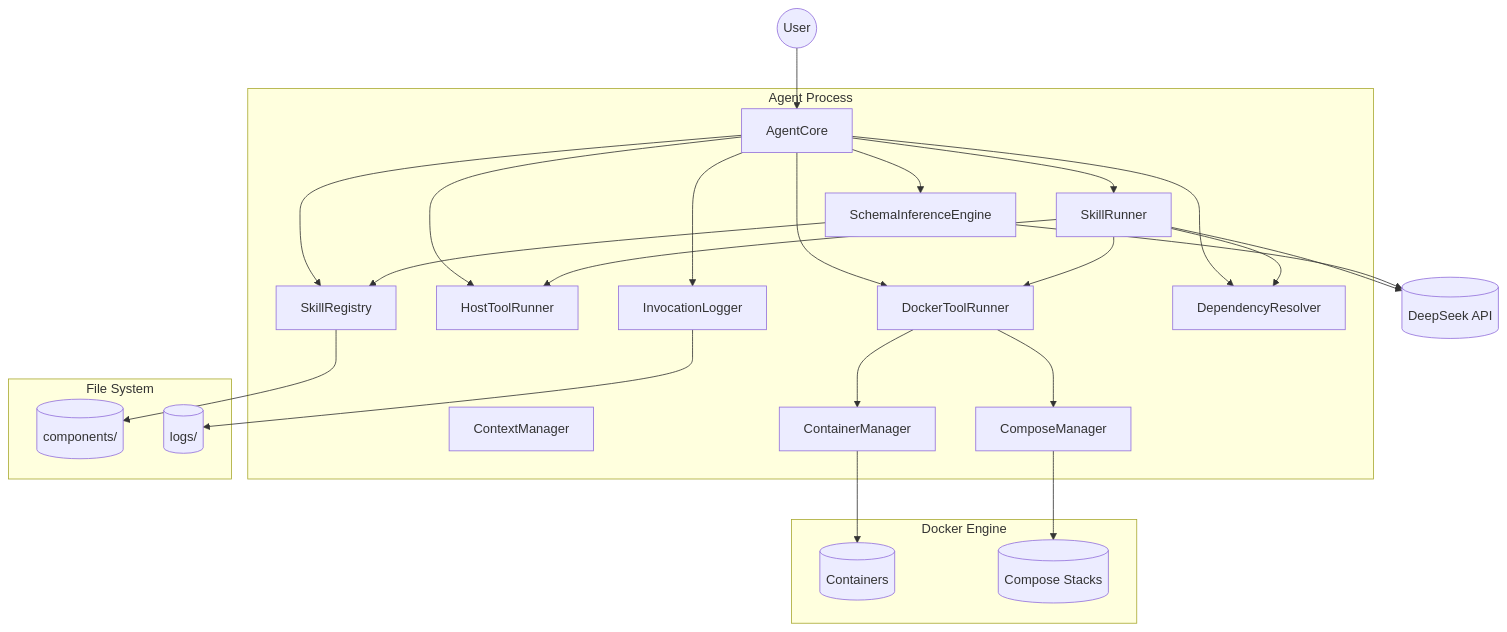
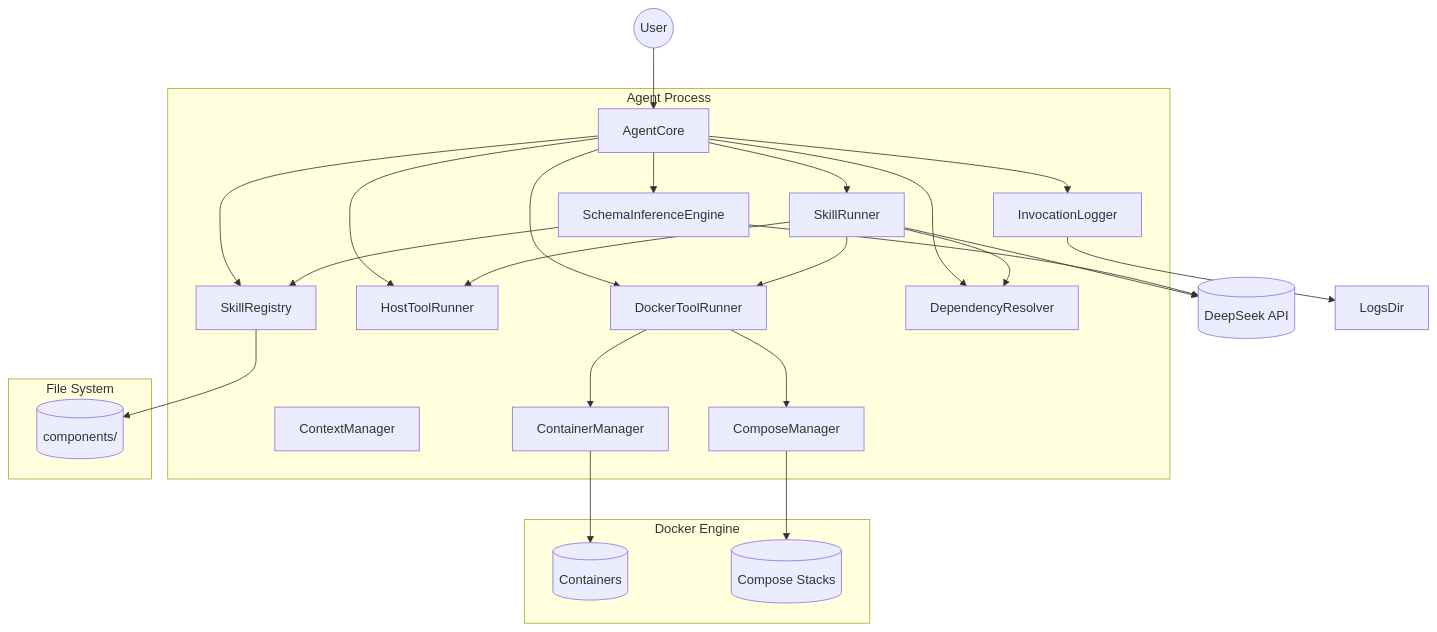
Before and after one commit to opensassi/a0: the first of 3 diagrams in technical-specification.md, drawn with Mermaid. The commit also changed other lines of this file and 33 other files, not shown here.

````diff
--- a/technical-specification.md
+++ b/technical-specification.md
@@ -227,51 +227,51 @@
 ```mermaid
 graph TB
     User((User))
     DeepSeek[("DeepSeek API")]
 
     subgraph "Agent Process"
         Core[AgentCore]
         Context[ContextManager]
         Reg[SkillRegistry]
         HostRunner[HostToolRunner]
         DockerRunner[DockerToolRunner]
         SkillRunner[SkillRunner]
         InfEngine[SchemaInferenceEngine]
         Logger[InvocationLogger]
         DepResolver[DependencyResolver]
         ContainerMgr[ContainerManager]
         ComposeMgr[ComposeManager]
     end
 
     subgraph "File System"
         ComponentsDir[(components/)]
-        LogsDir[(logs/)]
+
     end
 
     subgraph "Docker Engine"
         Containers[(Containers)]
         ComposeStacks[(Compose Stacks)]
     end
 
     User --> Core
     Core --> Reg
     Core --> DepResolver
     Core --> HostRunner
     Core --> DockerRunner
     Core --> SkillRunner
     SkillRunner --> DepResolver
     SkillRunner --> DeepSeek
     SkillRunner --> HostRunner
     SkillRunner --> DockerRunner
     Core --> InfEngine
     InfEngine --> DeepSeek
     InfEngine --> Reg
     Core --> Logger
     Logger --> LogsDir
     Reg --> ComponentsDir
 
     DockerRunner --> ContainerMgr
     DockerRunner --> ComposeMgr
     ContainerMgr --> Containers
     ComposeMgr --> ComposeStacks
 ```
````
